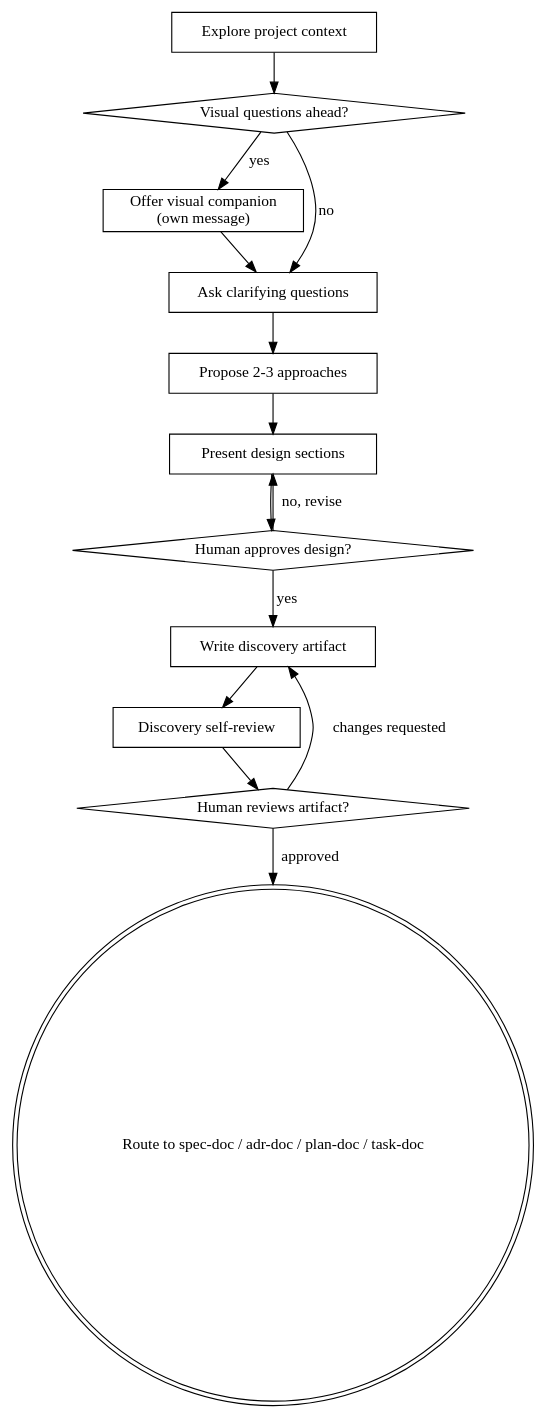
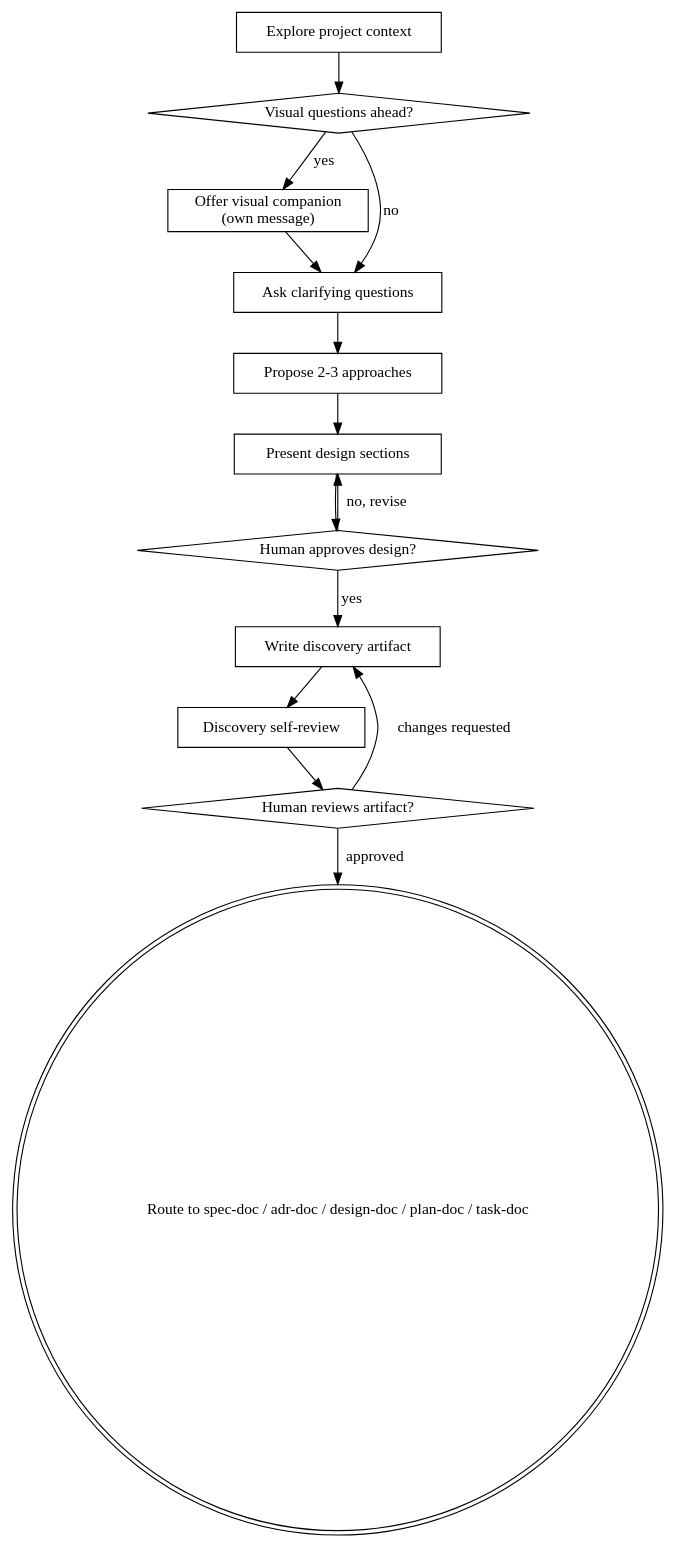
One commit to scarecrow173/apm-packages changed the diagram in packages/doc-driven-dev-apm/.apm/skills/brainstorming/SKILL.ja.md. Above: the diagram before and after it, drawn with Graphviz. The commit also changed other lines of this file and 34 other files, not shown here.

````diff
--- a/packages/doc-driven-dev-apm/.apm/skills/brainstorming/SKILL.ja.md
+++ b/packages/doc-driven-dev-apm/.apm/skills/brainstorming/SKILL.ja.md
@@ -57,29 +57,29 @@
 ```dot
 digraph brainstorming {
   "Explore project context" [shape=box];
   "Visual questions ahead?" [shape=diamond];
   "Offer visual companion\n(own message)" [shape=box];
   "Ask clarifying questions" [shape=box];
   "Propose 2-3 approaches" [shape=box];
   "Present design sections" [shape=box];
   "Human approves design?" [shape=diamond];
   "Write discovery artifact" [shape=box];
   "Discovery self-review" [shape=box];
   "Human reviews artifact?" [shape=diamond];
-  "Route to spec-doc / adr-doc / plan-doc / task-doc" [shape=doublecircle];
+  "Route to spec-doc / adr-doc / design-doc / plan-doc / task-doc" [shape=doublecircle];
 
   "Explore project context" -> "Visual questions ahead?";
   "Visual questions ahead?" -> "Offer visual companion\n(own message)" [label="yes"];
   "Visual questions ahead?" -> "Ask clarifying questions" [label="no"];
   "Offer visual companion\n(own message)" -> "Ask clarifying questions";
   "Ask clarifying questions" -> "Propose 2-3 approaches";
   "Propose 2-3 approaches" -> "Present design sections";
   "Present design sections" -> "Human approves design?";
   "Human approves design?" -> "Present design sections" [label="no, revise"];
   "Human approves design?" -> "Write discovery artifact" [label="yes"];
   "Write discovery artifact" -> "Discovery self-review";
   "Discovery self-review" -> "Human reviews artifact?";
   "Human reviews artifact?" -> "Write discovery artifact" [label="changes requested"];
-  "Human reviews artifact?" -> "Route to spec-doc / adr-doc / plan-doc / task-doc" [label="approved"];
+  "Human reviews artifact?" -> "Route to spec-doc / adr-doc / design-doc / plan-doc / task-doc" [label="approved"];
 }
 ```
````
